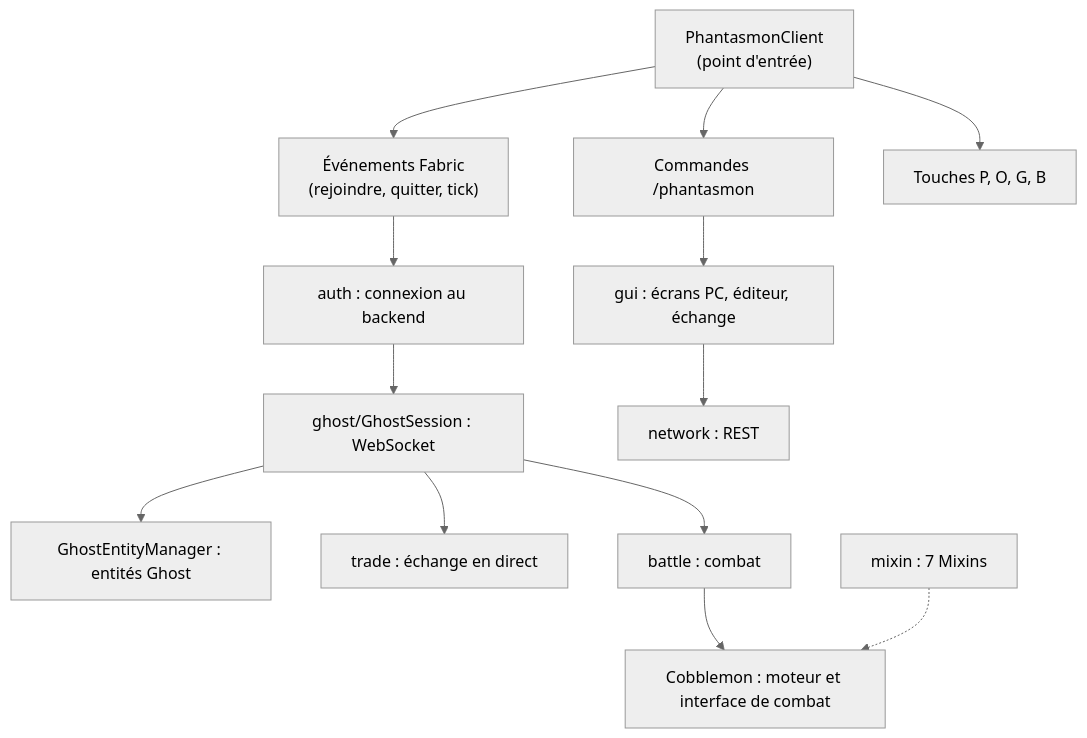
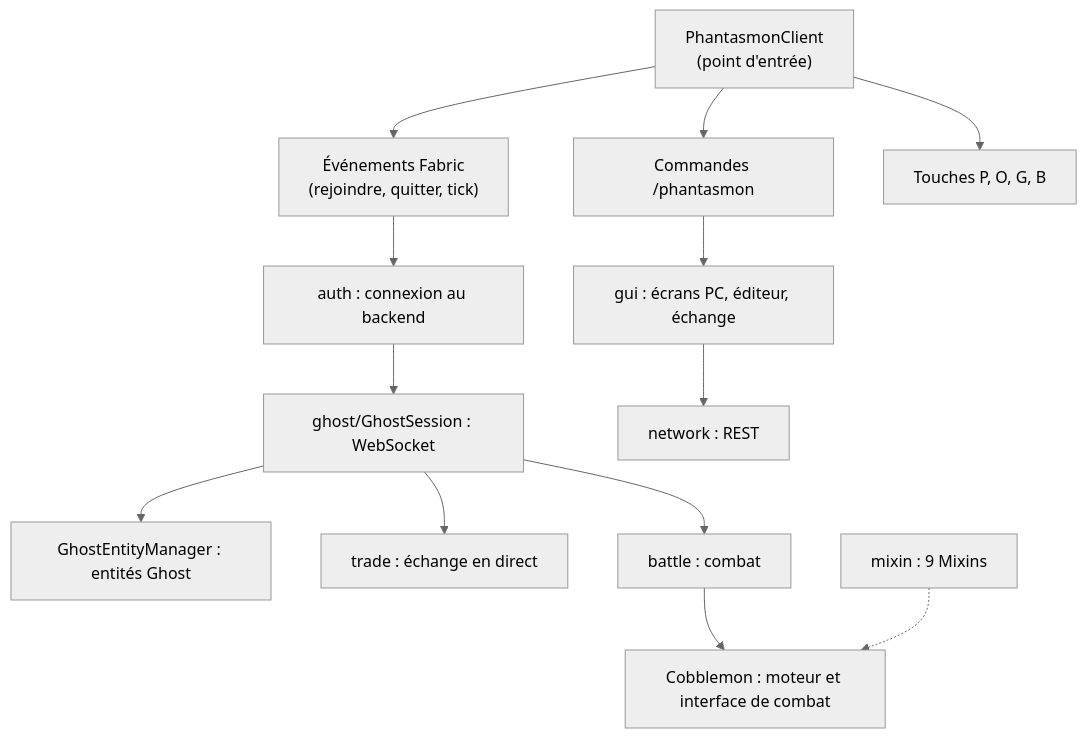
One commit to TrAdrienGit/Phantasmon-Client changed the second of 2 diagrams in Documentation/apprentissage/01-le-modding-minecraft.md. Above: the diagram before and after it, drawn with Mermaid (neutral theme). The commit also changed 14 other files, not shown here.

````diff
--- a/Documentation/apprentissage/01-le-modding-minecraft.md
+++ b/Documentation/apprentissage/01-le-modding-minecraft.md
@@ -84,15 +84,15 @@
 ```mermaid
 flowchart TD
     E["PhantasmonClient<br/>(point d'entrée)"] --> EV["Événements Fabric<br/>(rejoindre, quitter, tick)"]
     E --> CMD["Commandes /phantasmon"]
     E --> K["Touches P, O, G, B"]
     EV --> AUTH["auth : connexion au backend"]
     AUTH --> GS["ghost/GhostSession : WebSocket"]
     GS --> GEM["GhostEntityManager : entités Ghost"]
     GS --> LT["trade : échange en direct"]
     GS --> LB["battle : combat"]
     CMD --> PC["gui : écrans PC, éditeur, échange"]
     PC --> REST["network : REST"]
     LB --> COB["Cobblemon : moteur et interface de combat"]
-    MIX["mixin : 7 Mixins"] -.-> COB
+    MIX["mixin : 9 Mixins"] -.-> COB
 ```
````
